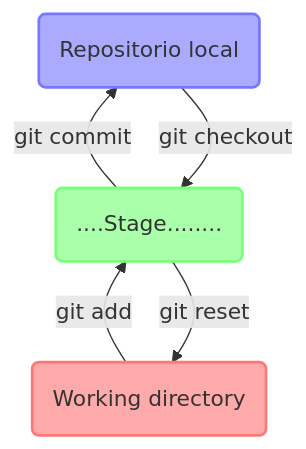
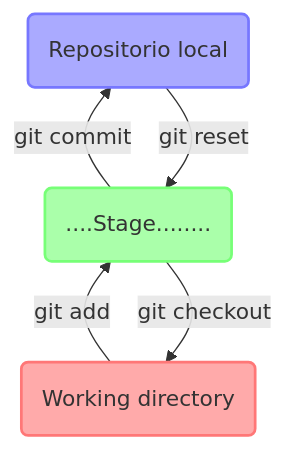
The first of 6 diagrams in _clases/git.md (CNEA-AQ/curso-programacion), drawn with Mermaid before and after one commit. The commit also changed other lines of this file, not shown here.

Commit message:
git algo de material

````diff
--- a/_clases/git.md
+++ b/_clases/git.md
@@ -33,13 +33,13 @@
 ```mermaid
 flowchart BT
 W(Working directory);
 S(....Stage........);
 H(Repositorio local);
-H--git checkout-->S;
-S--git reset   -->W;
+H--git reset   -->S;
+S--git checkout-->W;
 W--git add     -->S;
 S--git commit  -->H;
-    style W fill:#faa,stroke:#f77,stroke-width:2px,padding:20px
-    style S fill:#afa,stroke:#7f7,stroke-width:2px,padding:20px
-    style H fill:#aaf,stroke:#77f,stroke-width:2px,padding:20px 
+    style W textColor:#fff,fill:#faa,stroke:#f77,stroke-width:2px,padding:20px
+    style S textColor:#fff,fill:#afa,stroke:#7f7,stroke-width:2px,padding:20px
+    style H textColor:#fff,fill:#aaf,stroke:#77f,stroke-width:2px,padding:20px 
 ```
````
